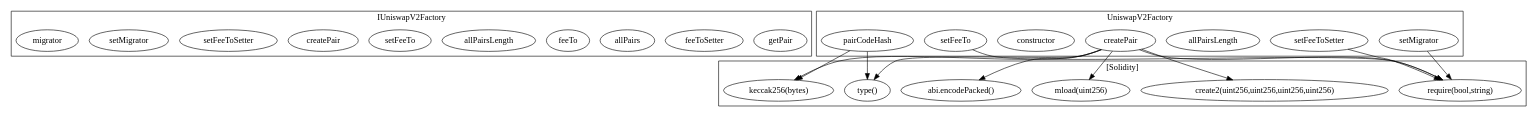
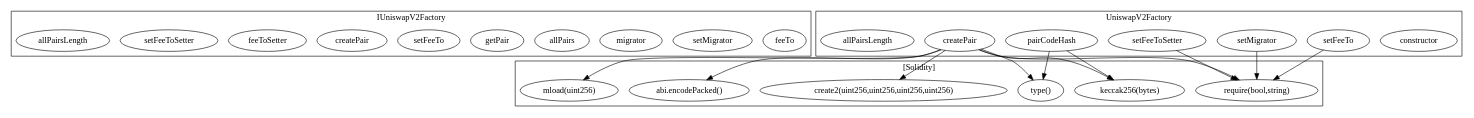
The diagram in a.sol.UniswapV2Factory.call-graph.dot (naolia1211/Blockchain-Smart-Contract-Security), drawn with Graphviz before and after one commit. The commit also changed other lines of this file and 5 other files, not shown here.

Commit message:
update call-graph.dot files

```diff
--- a/a.sol.UniswapV2Factory.call-graph.dot
+++ b/a.sol.UniswapV2Factory.call-graph.dot
@@ -1,43 +1,43 @@
 strict digraph {
 subgraph cluster_72_IUniswapV2Factory {
 label = "IUniswapV2Factory"
+"72_feeTo" [label="feeTo"]
+"72_setMigrator" [label="setMigrator"]
+"72_migrator" [label="migrator"]
+"72_allPairs" [label="allPairs"]
 "72_getPair" [label="getPair"]
-"72_feeToSetter" [label="feeToSetter"]
-"72_allPairs" [label="allPairs"]
-"72_feeTo" [label="feeTo"]
-"72_allPairsLength" [label="allPairsLength"]
 "72_setFeeTo" [label="setFeeTo"]
 "72_createPair" [label="createPair"]
+"72_feeToSetter" [label="feeToSetter"]
 "72_setFeeToSetter" [label="setFeeToSetter"]
-"72_setMigrator" [label="setMigrator"]
-"72_migrator" [label="migrator"]
+"72_allPairsLength" [label="allPairsLength"]
 }subgraph cluster_2099_UniswapV2Factory {
 label = "UniswapV2Factory"
+"2099_constructor" [label="constructor"]
 "2099_setMigrator" [label="setMigrator"]
 "2099_setFeeToSetter" [label="setFeeToSetter"]
-"2099_allPairsLength" [label="allPairsLength"]
-"2099_createPair" [label="createPair"]
-"2099_constructor" [label="constructor"]
 "2099_setFeeTo" [label="setFeeTo"]
 "2099_pairCodeHash" [label="pairCodeHash"]
+"2099_createPair" [label="createPair"]
+"2099_allPairsLength" [label="allPairsLength"]
 }subgraph cluster_solidity {
 label = "[Solidity]"
+"require(bool,string)" 
+"keccak256(bytes)" 
+"mload(uint256)" 
+"create2(uint256,uint256,uint256,uint256)" 
 "type()" 
-"keccak256(bytes)" 
-"require(bool,string)" 
-"create2(uint256,uint256,uint256,uint256)" 
-"mload(uint256)" 
 "abi.encodePacked()" 
 "2099_createPair" -> "create2(uint256,uint256,uint256,uint256)"
+"2099_createPair" -> "abi.encodePacked()"
+"2099_createPair" -> "require(bool,string)"
+"2099_createPair" -> "type()"
 "2099_pairCodeHash" -> "type()"
+"2099_setMigrator" -> "require(bool,string)"
+"2099_setFeeToSetter" -> "require(bool,string)"
+"2099_pairCodeHash" -> "keccak256(bytes)"
 "2099_setFeeTo" -> "require(bool,string)"
 "2099_createPair" -> "keccak256(bytes)"
-"2099_pairCodeHash" -> "keccak256(bytes)"
-"2099_createPair" -> "abi.encodePacked()"
-"2099_createPair" -> "type()"
-"2099_createPair" -> "require(bool,string)"
 "2099_createPair" -> "mload(uint256)"
-"2099_setMigrator" -> "require(bool,string)"
-"2099_setFeeToSetter" -> "require(bool,string)"
 }
 }
```
